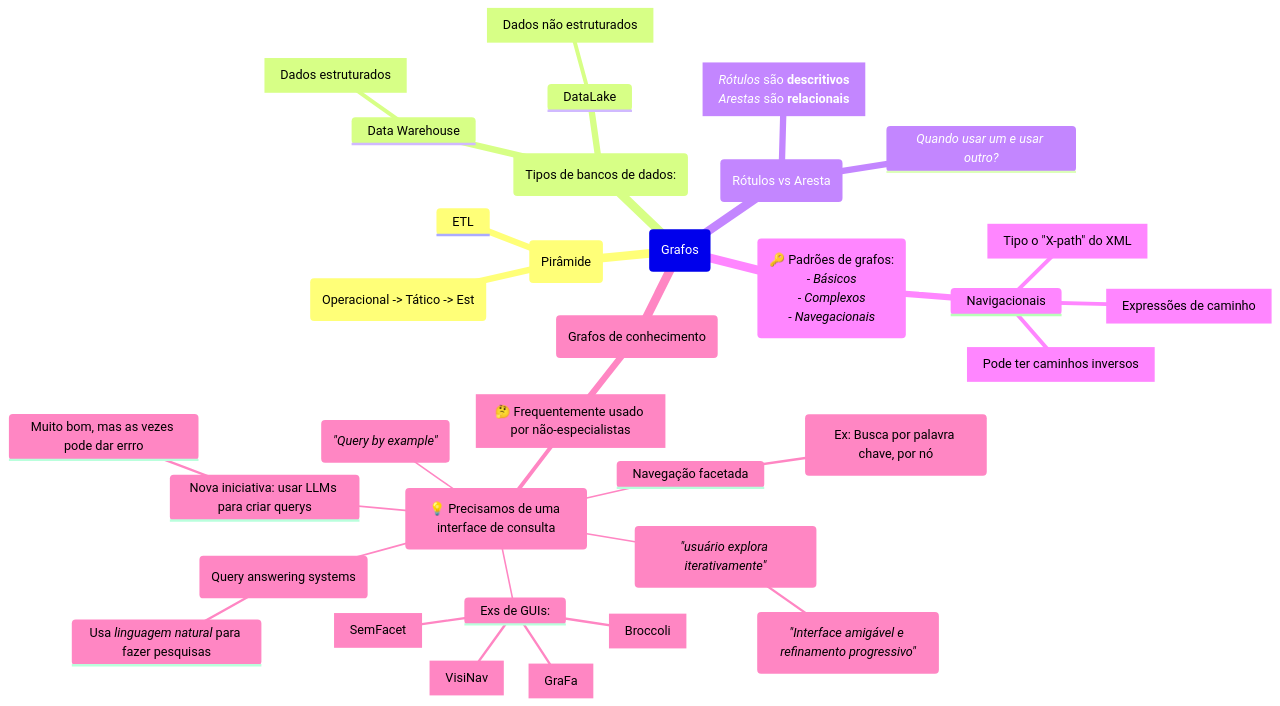
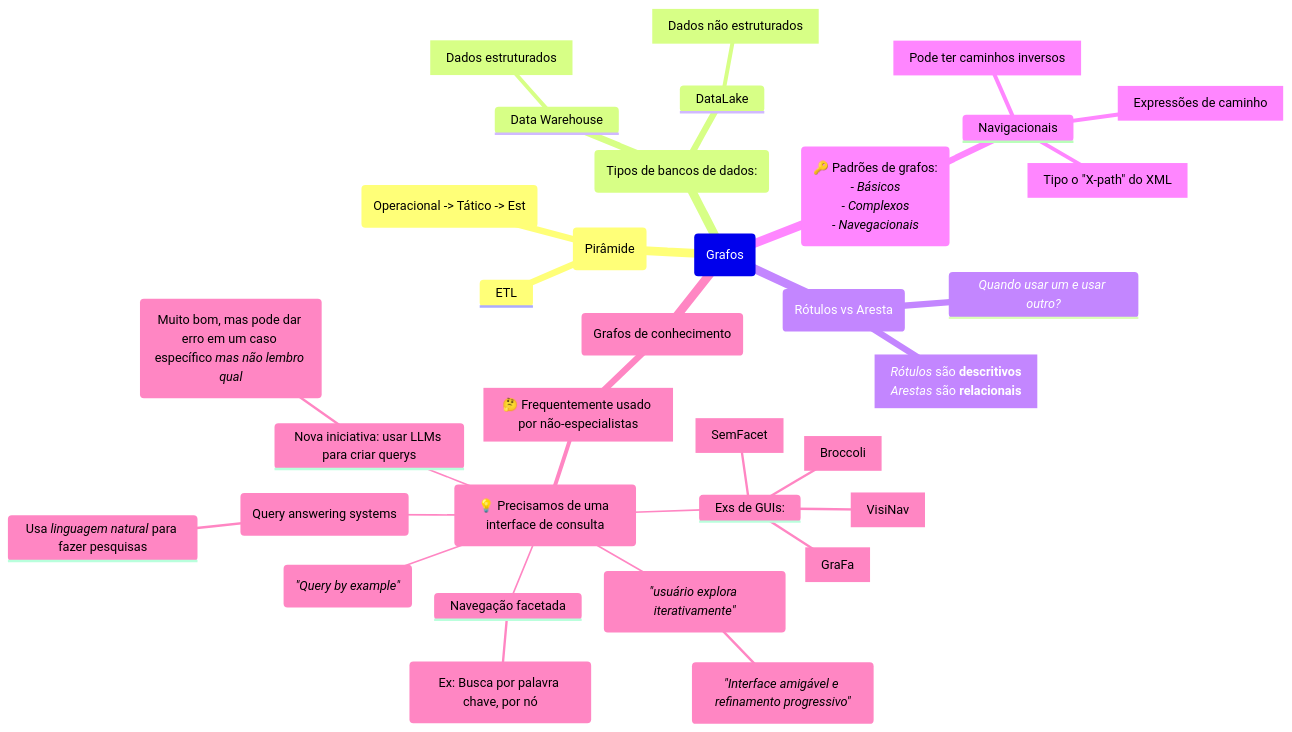
The diagram in Mestrado/Segundo Semestre/SIN5033 - Grafos de conhecimento e Ontologias/Anotações/De Aulas/Aula do dia 2026 04 08.md (Igorino/joplin-notes), drawn with Mermaid before and after one commit.

Commit message:
Exported on 2026-04-08_16-21-51

````diff
--- a/Mestrado/Segundo Semestre/SIN5033 - Grafos de conhecimento e Ontologias/Anotações/De Aulas/Aula do dia 2026 04 08.md
+++ b/Mestrado/Segundo Semestre/SIN5033 - Grafos de conhecimento e Ontologias/Anotações/De Aulas/Aula do dia 2026 04 08.md
@@ -1,49 +1,49 @@
 ```mermaid
 mindmap
 	Root(Grafos)
 		(Pirâmide)
 			("Operacional -> Tático -> Est")
 			ETL
 
 		(Tipos de bancos de dados:)		
 			DataLake
 				[Dados não estruturados]
 			Data Warehouse
 				[Dados estruturados]
 
 		(Rótulos vs Aresta)
 			*Quando usar um e usar outro?*
 			[*Rótulos* são **descritivos**
 			*Arestas* são **relacionais**]
 
 		(🔑 Padrões de grafos:
 		*- Básicos*
 		*- Complexos*
 		*- Navegacionais*)
 			
 			Navigacionais
 				[Tipo o "X-path" do XML]
 				["Expressões de caminho"]
 				[Pode ter caminhos inversos]
 
 		(Grafos de conhecimento)
 			[🤔 Frequentemente usado por não-especialistas]
 				(💡 Precisamos de uma interface de consulta)
 					Navegação facetada
 						(Ex: Busca por palavra chave, por nó)
 					(*"usuário explora iterativamente"*) 
 						(*"Interface amigável e refinamento progressivo"*)
 					(*"Query by example"*)
 					Exs de GUIs:
 						[Broccoli]
 						[VisiNav]
 						[SemFacet]
 						[GraFa]
 					(Query answering systems)
 						Usa *linguagem natural* para fazer pesquisas
 
 					Nova iniciativa: usar LLMs para criar querys
-						Muito bom, mas as vezes pode dar errro
+						(Muito bom, mas pode dar erro em um caso específico *mas não lembro qual*) 
 
 			
 ```
````
